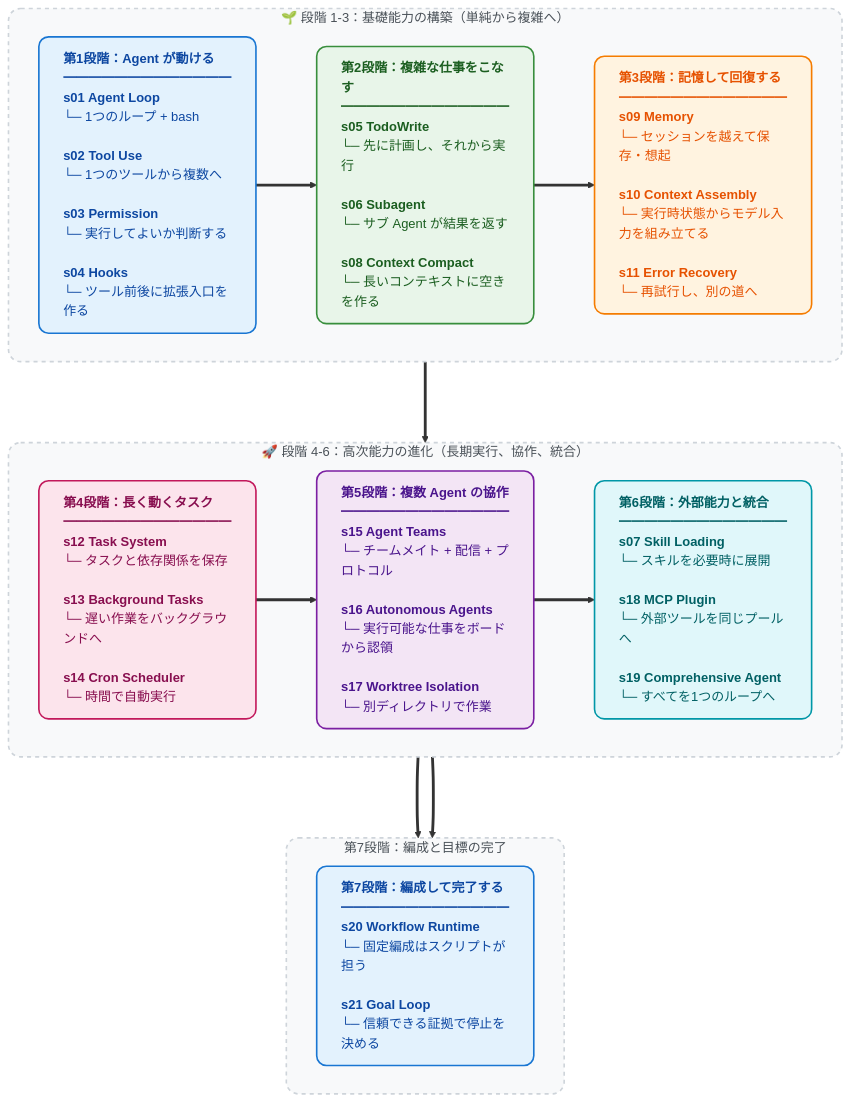
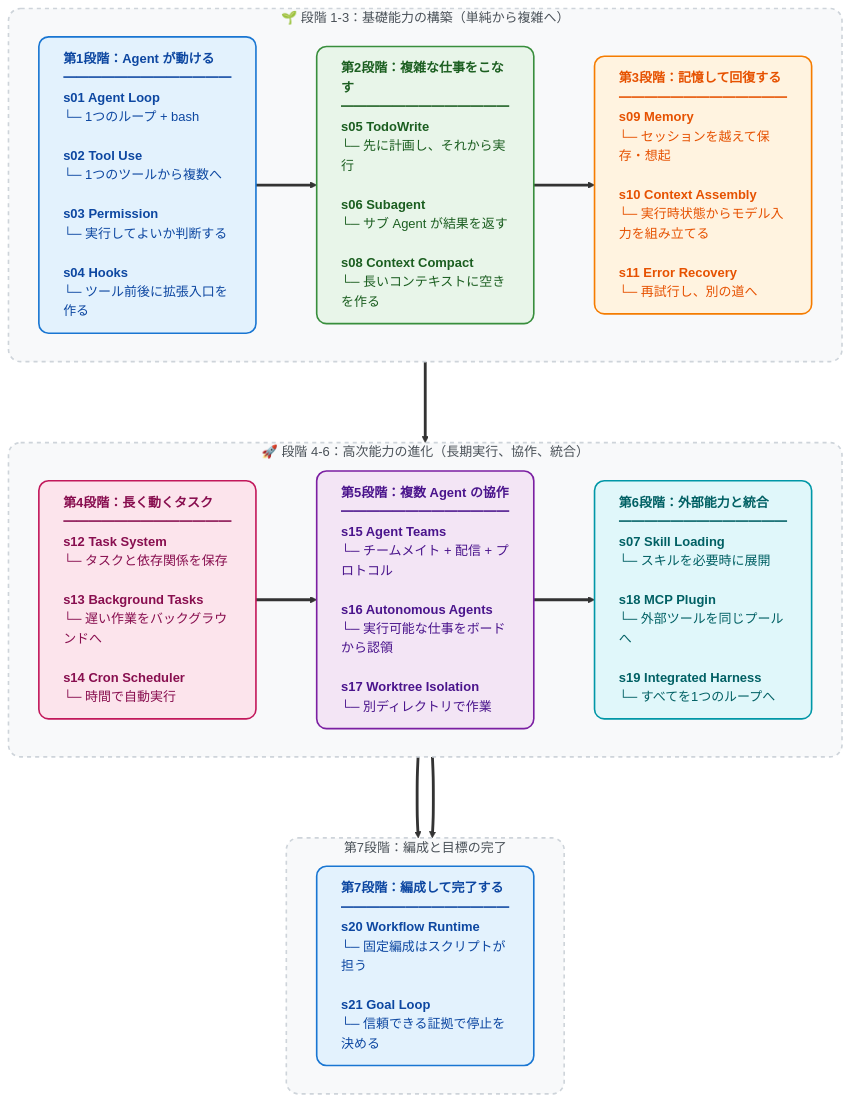
One commit to snake-fan/learn-claude-code changed the diagram in README-ja.md. Above: the diagram before and after it, drawn with Mermaid. The commit also changed other lines of this file and 27 other files, not shown here.

Commit message:
docs: rename s19 to integrated harness

````diff
--- a/README-ja.md
+++ b/README-ja.md
@@ -306,49 +306,49 @@
 ```mermaid
 flowchart TD
     %% カードスタイル
     classDef stage1 fill:#E3F2FD,stroke:#1976D2,stroke-width:2px,color:#0D47A1,rx:12,ry:12,text-align:left
     classDef stage2 fill:#E8F5E9,stroke:#388E3C,stroke-width:2px,color:#1B5E20,rx:12,ry:12,text-align:left
     classDef stage3 fill:#FFF3E0,stroke:#F57C00,stroke-width:2px,color:#E65100,rx:12,ry:12,text-align:left
     classDef stage4 fill:#FCE4EC,stroke:#C2185b,stroke-width:2px,color:#880E4F,rx:12,ry:12,text-align:left
     classDef stage5 fill:#F3E5F5,stroke:#7B1FA2,stroke-width:2px,color:#4A148C,rx:12,ry:12,text-align:left
     classDef stage6 fill:#E0F7FA,stroke:#0097A7,stroke-width:2px,color:#006064,rx:12,ry:12,text-align:left
 
     %% 背景スタイル
     classDef groupBox fill:#F8F9FA,stroke:#CED4DA,stroke-width:2px,stroke-dasharray: 5 5,rx:15,ry:15,color:#495057
 
     %% 第1層：1-3段階
     subgraph Phase1 ["🌱 段階 1-3：基礎能力の構築（単純から複雑へ）"]
         direction LR
         S1["<b>第1段階：Agent が動ける</b><br/>━━━━━━━━━━━━━<br/><b>s01 Agent Loop</b><br/>└─ 1つのループ + bash<br/><br/><b>s02 Tool Use</b><br/>└─ 1つのツールから複数へ<br/><br/><b>s03 Permission</b><br/>└─ 実行してよいか判断する<br/><br/><b>s04 Hooks</b><br/>└─ ツール前後に拡張入口を作る"]:::stage1
 
         S2["<b>第2段階：複雑な仕事をこなす</b><br/>━━━━━━━━━━━━━<br/><b>s05 TodoWrite</b><br/>└─ 先に計画し、それから実行<br/><br/><b>s06 Subagent</b><br/>└─ サブ Agent が結果を返す<br/><br/><b>s08 Context Compact</b><br/>└─ 長いコンテキストに空きを作る"]:::stage2
 
         S3["<b>第3段階：記憶して回復する</b><br/>━━━━━━━━━━━━━<br/><b>s09 Memory</b><br/>└─ セッションを越えて保存・想起<br/><br/><b>s10 Context Assembly</b><br/>└─ 実行時状態からモデル入力を組み立てる<br/><br/><b>s11 Error Recovery</b><br/>└─ 再試行し、別の道へ"]:::stage3
 
         S1 ==> S2 ==> S3
     end
 
     %% 第2層：4-6段階
     subgraph Phase2 ["🚀 段階 4-6：高次能力の進化（長期実行、協作、統合）"]
         direction LR
         S4["<b>第4段階：長く動くタスク</b><br/>━━━━━━━━━━━━━<br/><b>s12 Task System</b><br/>└─ タスクと依存関係を保存<br/><br/><b>s13 Background Tasks</b><br/>└─ 遅い作業をバックグラウンドへ<br/><br/><b>s14 Cron Scheduler</b><br/>└─ 時間で自動実行"]:::stage4
 
         S5["<b>第5段階：複数 Agent の協作</b><br/>━━━━━━━━━━━━━<br/><b>s15 Agent Teams</b><br/>└─ チームメイト + 配信 + プロトコル<br/><br/><b>s16 Autonomous Agents</b><br/>└─ 実行可能な仕事をボードから認領<br/><br/><b>s17 Worktree Isolation</b><br/>└─ 別ディレクトリで作業"]:::stage5
 
-        S6["<b>第6段階：外部能力と統合</b><br/>━━━━━━━━━━━━━<br/><b>s07 Skill Loading</b><br/>└─ スキルを必要時に展開<br/><br/><b>s18 MCP Plugin</b><br/>└─ 外部ツールを同じプールへ<br/><br/><b>s19 Comprehensive Agent</b><br/>└─ すべてを1つのループへ"]:::stage6
+        S6["<b>第6段階：外部能力と統合</b><br/>━━━━━━━━━━━━━<br/><b>s07 Skill Loading</b><br/>└─ スキルを必要時に展開<br/><br/><b>s18 MCP Plugin</b><br/>└─ 外部ツールを同じプールへ<br/><br/><b>s19 Integrated Harness</b><br/>└─ すべてを1つのループへ"]:::stage6
 
         S4 ==> S5 ==> S6
     end
 
     %% 第3層：編成と目標の完了
     subgraph Phase3 ["第7段階：編成と目標の完了"]
         direction LR
         S7["<b>第7段階：編成して完了する</b><br/>━━━━━━━━━━━━━<br/><b>s20 Workflow Runtime</b><br/>└─ 固定編成はスクリプトが担う<br/><br/><b>s21 Goal Loop</b><br/>└─ 信頼できる証拠で停止を決める"]:::stage1
         S6 ==> S7
     end
 
     %% 3つの層を接続
     Phase1 ===> Phase2 ===> Phase3
 
     class Phase1,Phase2,Phase3 groupBox
 ```
````
